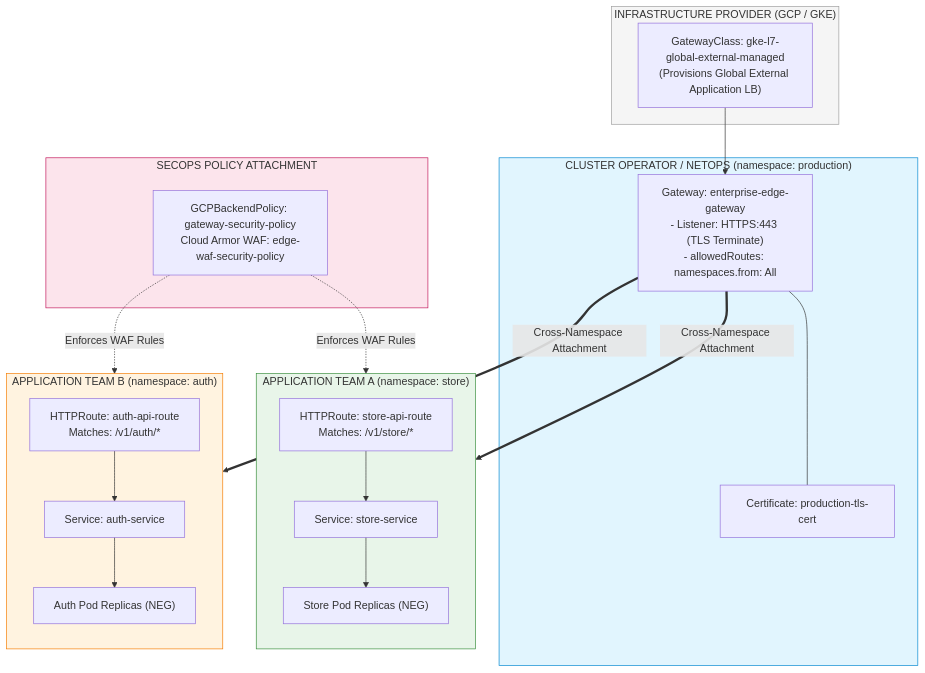
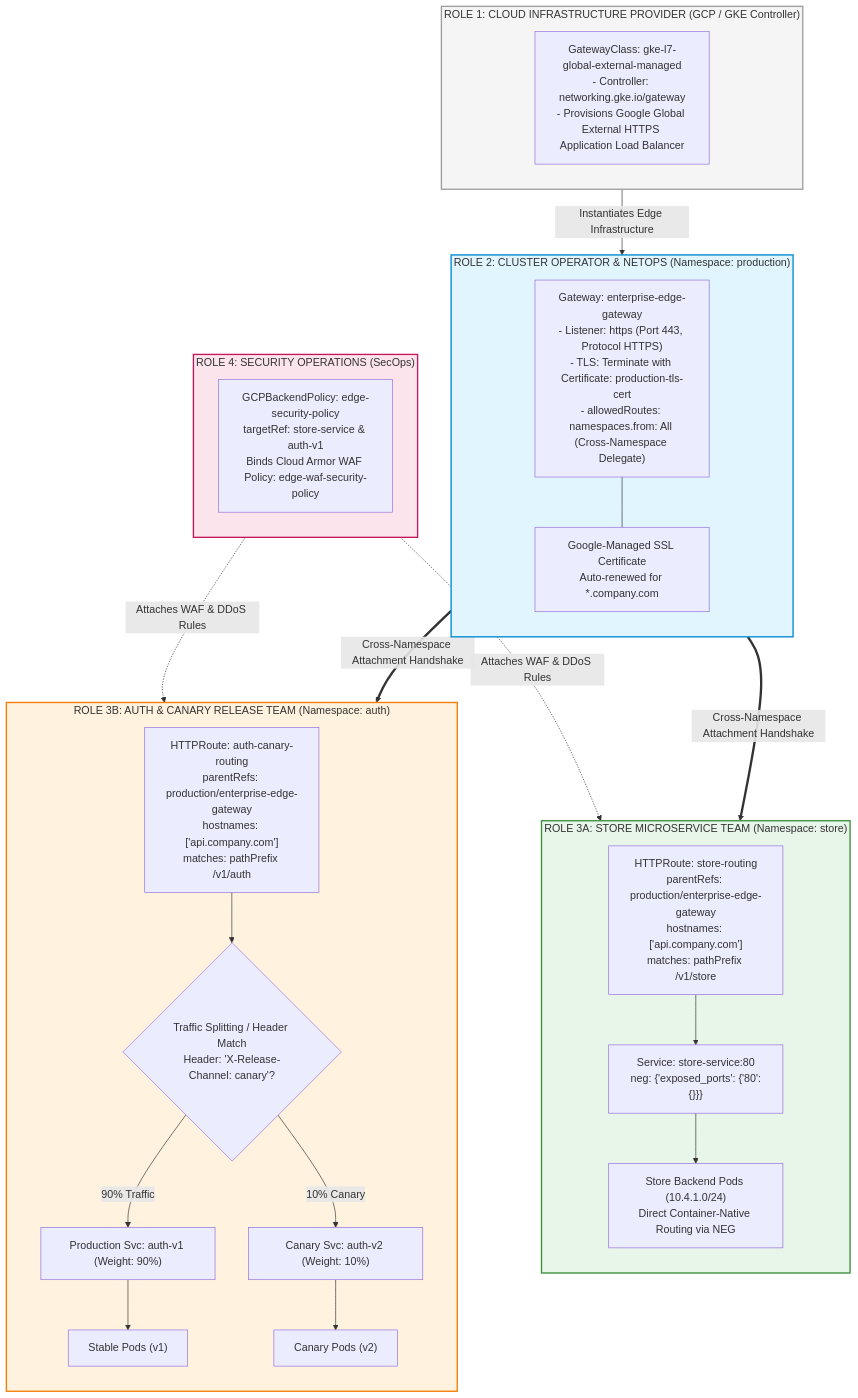
Diagram 13 of 15 in kubernetes/networking-shell-command.md (Chief-Strategist-J/gcd), drawn with Mermaid before and after one commit. The commit also changed other lines of this file, not shown here.

Commit message:
docs(networking): enrich all diagrams with step-by-step internal packet execution mechanics and detailed annotations

````diff
--- a/kubernetes/networking-shell-command.md
+++ b/kubernetes/networking-shell-command.md
@@ -1732,45 +2071,59 @@
 ```mermaid
 graph TB
-    subgraph InfraRole["INFRASTRUCTURE PROVIDER (GCP / GKE)"]
-        GClass["GatewayClass: gke-l7-global-external-managed<br/>(Provisions Global External Application LB)"]
+    subgraph InfraRole["ROLE 1: CLOUD INFRASTRUCTURE PROVIDER (GCP / GKE Controller)"]
+        direction TB
+        GClass["GatewayClass: gke-l7-global-external-managed<br/>- Controller: networking.gke.io/gateway<br/>- Provisions Google Global External HTTPS Application Load Balancer"]
     end
 
-    subgraph ClusterOperatorRole["CLUSTER OPERATOR / NETOPS (namespace: production)"]
-        Gateway["Gateway: enterprise-edge-gateway<br/>- Listener: HTTPS:443 (TLS Terminate)<br/>- allowedRoutes: namespaces.from: All"]
-        TLSCert["Certificate: production-tls-cert"]
+    subgraph NetOpsRole["ROLE 2: CLUSTER OPERATOR & NETOPS (Namespace: production)"]
+        direction TB
+        Gateway["Gateway: enterprise-edge-gateway<br/>- Listener: https (Port 443, Protocol HTTPS)<br/>- TLS: Terminate with Certificate: production-tls-cert<br/>- allowedRoutes: namespaces.from: All (Cross-Namespace Delegate)"]
+        TLSCert["Google-Managed SSL Certificate<br/>Auto-renewed for *.company.com"]
         Gateway --- TLSCert
     end
 
-    GClass --> Gateway
+    GClass -->|Instantiates Edge Infrastructure| Gateway
 
-    subgraph AppTeam1["APPLICATION TEAM A (namespace: store)"]
+    subgraph AppTeamStore["ROLE 3A: STORE MICROSERVICE TEAM (Namespace: store)"]
         direction TB
-        Route1["HTTPRoute: store-api-route<br/>Matches: /v1/store/*"]
-        Svc1["Service: store-service"]
-        Pods1["Store Pod Replicas (NEG)"]
-        Route1 --> Svc1 --> Pods1
+        RouteStore["HTTPRoute: store-routing<br/>parentRefs: production/enterprise-edge-gateway<br/>hostnames: ['api.company.com']<br/>matches: pathPrefix /v1/store"]
+        
+        SvcStore["Service: store-service:80<br/>neg: {'exposed_ports': {'80':{}}}"]
+        PodsStore["Store Backend Pods (10.4.1.0/24)<br/>Direct Container-Native Routing via NEG"]
+        
+        RouteStore --> SvcStore --> PodsStore
     end
 
-    subgraph AppTeam2["APPLICATION TEAM B (namespace: auth)"]
+    subgraph AppTeamAuth["ROLE 3B: AUTH & CANARY RELEASE TEAM (Namespace: auth)"]
         direction TB
-        Route2["HTTPRoute: auth-api-route<br/>Matches: /v1/auth/*"]
-        Svc2["Service: auth-service"]
-        Pods2["Auth Pod Replicas (NEG)"]
-        Route2 --> Svc2 --> Pods2
+        RouteAuth["HTTPRoute: auth-canary-routing<br/>parentRefs: production/enterprise-edge-gateway<br/>hostnames: ['api.company.com']<br/>matches: pathPrefix /v1/auth"]
+        
+        CanarySplit{"Traffic Splitting / Header Match<br/>Header: 'X-Release-Channel: canary'?"}
+        
+        SvcProd["Production Svc: auth-v1 (Weight: 90%)"]
+        SvcCanary["Canary Svc: auth-v2 (Weight: 10%)"]
+        
+        PodsProd["Stable Pods (v1)"]
+        PodsCanary["Canary Pods (v2)"]
+
+        RouteAuth --> CanarySplit
+        CanarySplit -- 90% Traffic --> SvcProd --> PodsProd
+        CanarySplit -- 10% Canary --> SvcCanary --> PodsCanary
     end
 
-    subgraph SecurityRole["SECOPS POLICY ATTACHMENT"]
-        Policy["GCPBackendPolicy: gateway-security-policy<br/>Cloud Armor WAF: edge-waf-security-policy"]
+    subgraph SecOpsRole["ROLE 4: SECURITY OPERATIONS (SecOps)"]
+        direction TB
+        GCPPolicy["GCPBackendPolicy: edge-security-policy<br/>targetRef: store-service & auth-v1<br/>Binds Cloud Armor WAF Policy: edge-waf-security-policy"]
     end
 
-    Gateway == "Cross-Namespace Attachment" ==> Route1
-    Gateway == "Cross-Namespace Attachment" ==> Route2
-    Policy -. "Enforces WAF Rules" .-> Svc1
-    Policy -. "Enforces WAF Rules" .-> Svc2
+    Gateway == "Cross-Namespace Attachment Handshake" ==> RouteStore
+    Gateway == "Cross-Namespace Attachment Handshake" ==> RouteAuth
+    GCPPolicy -. "Attaches WAF & DDoS Rules" .-> SvcStore
+    GCPPolicy -. "Attaches WAF & DDoS Rules" .-> SvcProd
 
-    style InfraRole fill:#f5f5f5,stroke:#9e9e9e
-    style ClusterOperatorRole fill:#e1f5fe,stroke:#0288d1
-    style AppTeam1 fill:#e8f5e9,stroke:#388e3c
-    style AppTeam2 fill:#fff3e0,stroke:#f57c00
-    style SecurityRole fill:#fce4ec,stroke:#c2185b
+    style InfraRole fill:#f5f5f5,stroke:#9e9e9e,stroke-width:2px
+    style NetOpsRole fill:#e1f5fe,stroke:#0288d1,stroke-width:2px
+    style AppTeamStore fill:#e8f5e9,stroke:#388e3c,stroke-width:2px
+    style AppTeamAuth fill:#fff3e0,stroke:#f57c00,stroke-width:2px
+    style SecOpsRole fill:#fce4ec,stroke:#c2185b,stroke-width:2px
 ```
````
